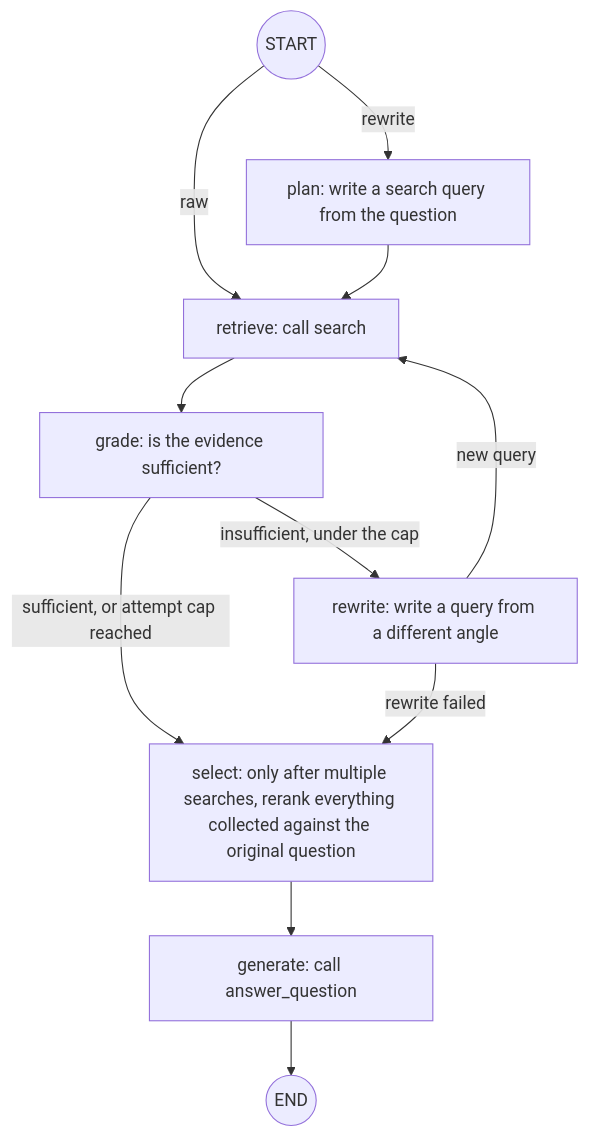
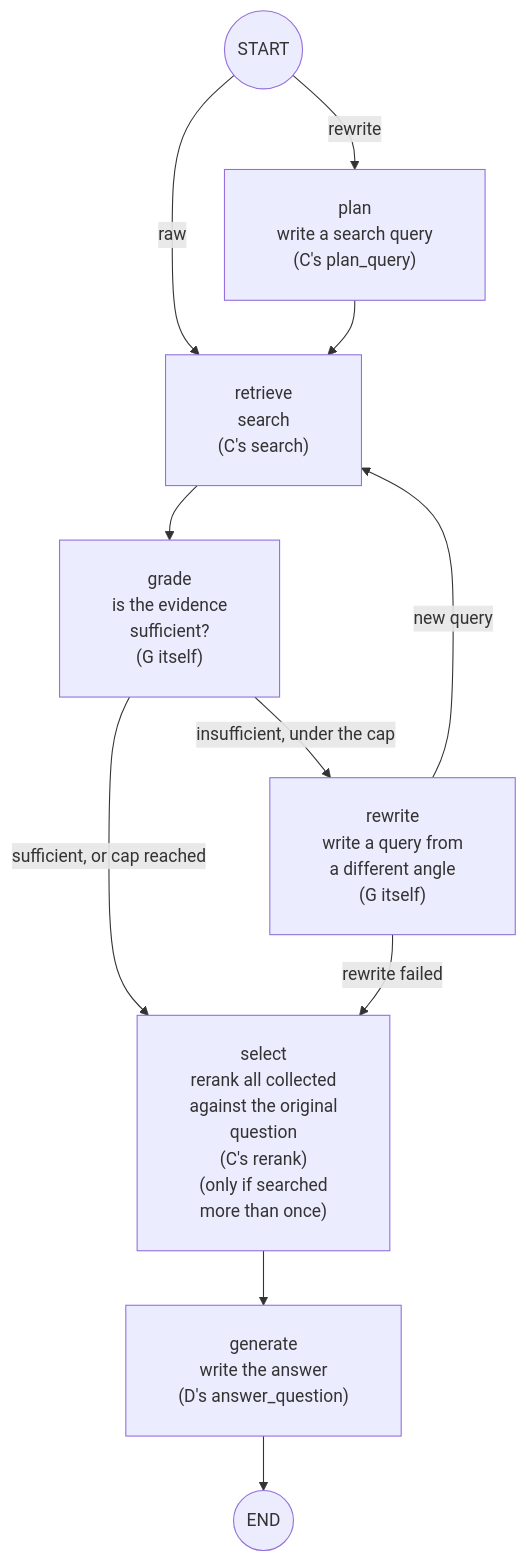
Before and after one commit to satoshi-abe-dev/silo-rag: the third of 3 diagrams in README_en.md, drawn with Mermaid. The commit also changed other lines of this file and 2 other files, not shown here.

Commit message:
Fix clipped labels in the agent flow diagram and guard against it
Mermaid cannot wrap Japanese text that has no spaces, so any label line wider
than about 200px is cut at the node edge on GitHub (select, rewrite, generate
and plan were). Break every label into short lines, give each diagram an init
directive with more padding and a wider wrapping width, and add a test that
fails when a node label line is wider than 12 full-width characters.

Also show which node each step belongs to in the agent flow: steps that call
C or D functions say so, and a note says G is a separate node that calls C
and D, not a node that contains them.

````diff
--- a/README_en.md
+++ b/README_en.md
@@ -232,13 +234,14 @@
 ```mermaid
+%%{init: {"flowchart": {"padding": 24, "wrappingWidth": 400}}}%%
 graph TD
-    S((START)) -->|raw| R[retrieve: call search]
-    S -->|rewrite| P[plan: write a search query from the question]
+    S((START)) -->|raw| R["retrieve<br/>search<br/>(C's search)"]
+    S -->|rewrite| P["plan<br/>write a search query<br/>(C's plan_query)"]
     P --> R
-    R --> J[grade: is the evidence sufficient?]
-    J -->|sufficient, or attempt cap reached| SEL[select: only after multiple searches, rerank everything collected against the original question]
-    J -->|insufficient, under the cap| W[rewrite: write a query from a different angle]
+    R --> J["grade<br/>is the evidence<br/>sufficient?<br/>(G itself)"]
+    J -->|sufficient, or cap reached| SEL["select<br/>rerank all collected<br/>against the original<br/>question<br/>(C's rerank)<br/>(only if searched<br/>more than once)"]
+    J -->|insufficient, under the cap| W["rewrite<br/>write a query from<br/>a different angle<br/>(G itself)"]
     W -->|new query| R
     W -->|rewrite failed| SEL
-    SEL --> G[generate: call answer_question]
+    SEL --> G["generate<br/>write the answer<br/>(D's answer_question)"]
     G --> X((END))
 ```
````
